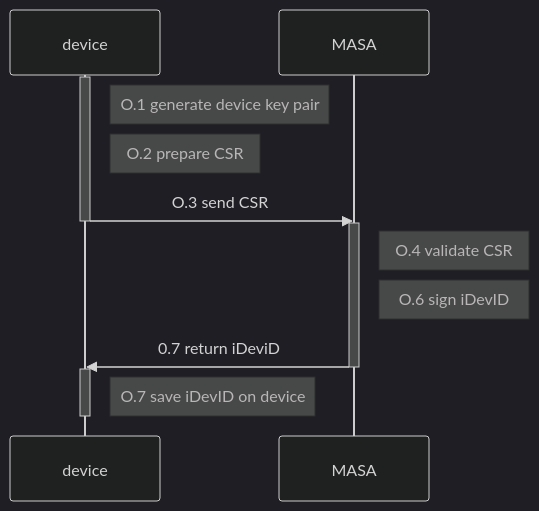
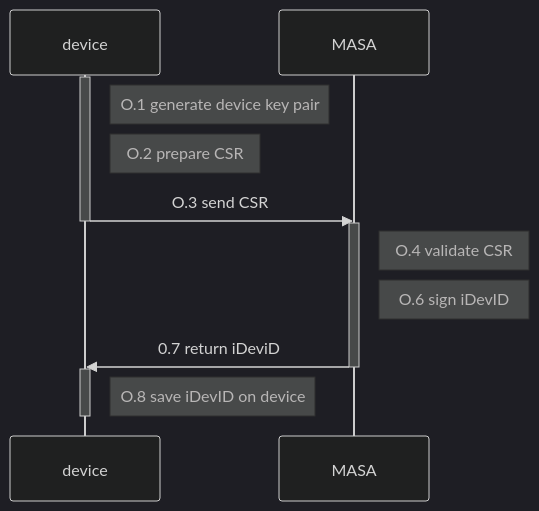
The diagram in packages/docusaurus/docs/build5-docs/80-Factory provisioning/10-factory-intro.md (nqminds/trustnetz), drawn with Mermaid (dark theme) before and after one commit. The commit also changed other lines of this file and 1 other file, not shown here.

````diff
--- a/packages/docusaurus/docs/build5-docs/80-Factory provisioning/10-factory-intro.md
+++ b/packages/docusaurus/docs/build5-docs/80-Factory provisioning/10-factory-intro.md
@@ -76,21 +76,21 @@
 ```mermaid
    
 sequenceDiagram
     participant device
     participant MASA
    
     activate device 
     Note right of device: O.1 generate device key pair
     Note right of device: O.2 prepare CSR
     device->>-MASA: O.3 send CSR
   
   	activate MASA    
     Note right of MASA: O.4 validate CSR
     Note right of MASA: O.6 sign iDevID
     
     MASA->>-device: 0.7 return iDeviD
     activate device 
-    Note right of device: O.7 save iDevID on device 
+    Note right of device: O.8 save iDevID on device 
      deactivate device 
     
 ```
````
